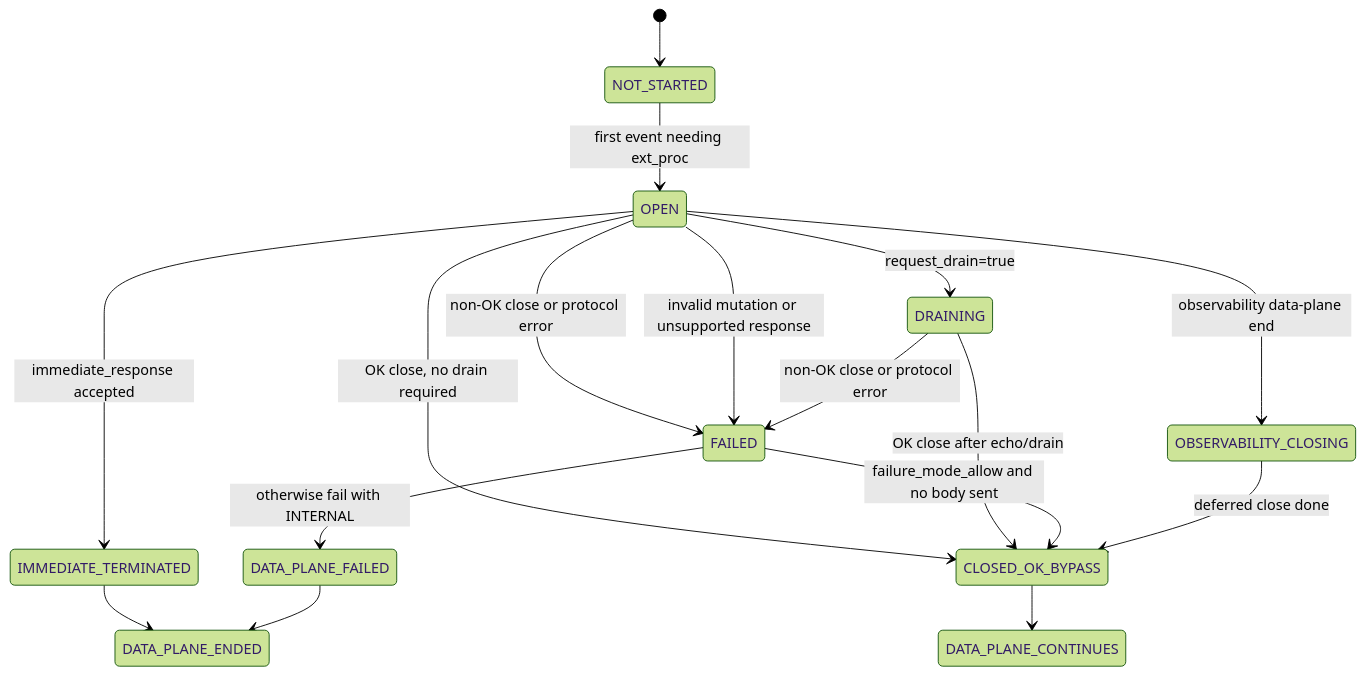
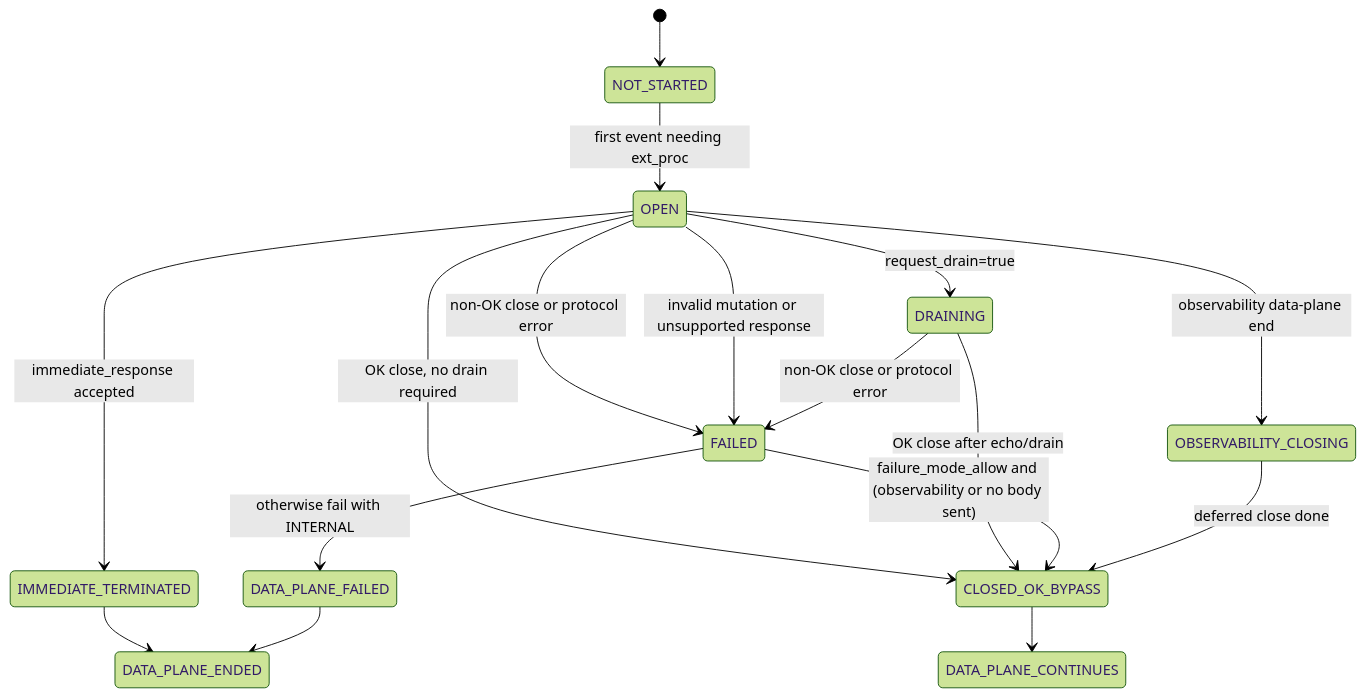
Before and after one commit to ran-su/ext_proc_spec: the first of 5 diagrams in a93_ext_proc_state_machine.md, drawn with Mermaid (forest theme). The commit also changed other lines of this file and 3 other files, not shown here.

Commit message:
Clarify ext_proc failure-mode and header-routing rules

````diff
--- a/a93_ext_proc_state_machine.md
+++ b/a93_ext_proc_state_machine.md
@@ -54,24 +54,24 @@
 ```mermaid
 stateDiagram-v2
     [*] --> NOT_STARTED
 
     NOT_STARTED --> OPEN: first event needing ext_proc
 
     OPEN --> IMMEDIATE_TERMINATED: immediate_response accepted
     OPEN --> FAILED: non-OK close or protocol error
     OPEN --> FAILED: invalid mutation or unsupported response
     OPEN --> CLOSED_OK_BYPASS: OK close, no drain required
     OPEN --> DRAINING: request_drain=true
     OPEN --> OBSERVABILITY_CLOSING: observability data-plane end
 
     DRAINING --> CLOSED_OK_BYPASS: OK close after echo/drain
     DRAINING --> FAILED: non-OK close or protocol error
 
-    FAILED --> CLOSED_OK_BYPASS: failure_mode_allow and no body sent
+    FAILED --> CLOSED_OK_BYPASS: failure_mode_allow and (observability or no body sent)
     FAILED --> DATA_PLANE_FAILED: otherwise fail with INTERNAL
 
     OBSERVABILITY_CLOSING --> CLOSED_OK_BYPASS: deferred close done
     IMMEDIATE_TERMINATED --> DATA_PLANE_ENDED
     CLOSED_OK_BYPASS --> DATA_PLANE_CONTINUES
     DATA_PLANE_FAILED --> DATA_PLANE_ENDED
 ```
````
